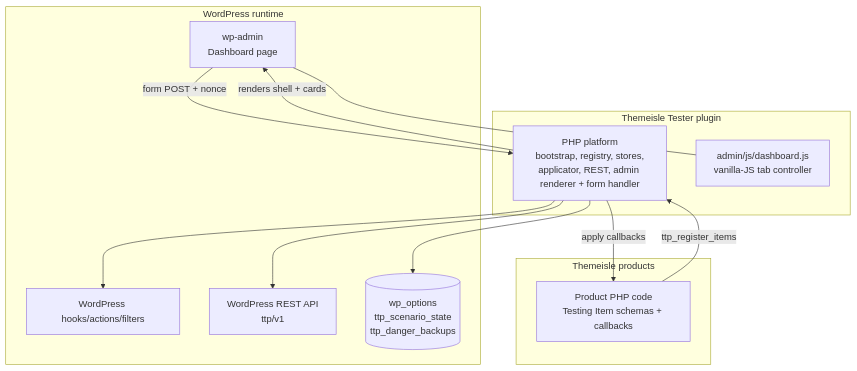
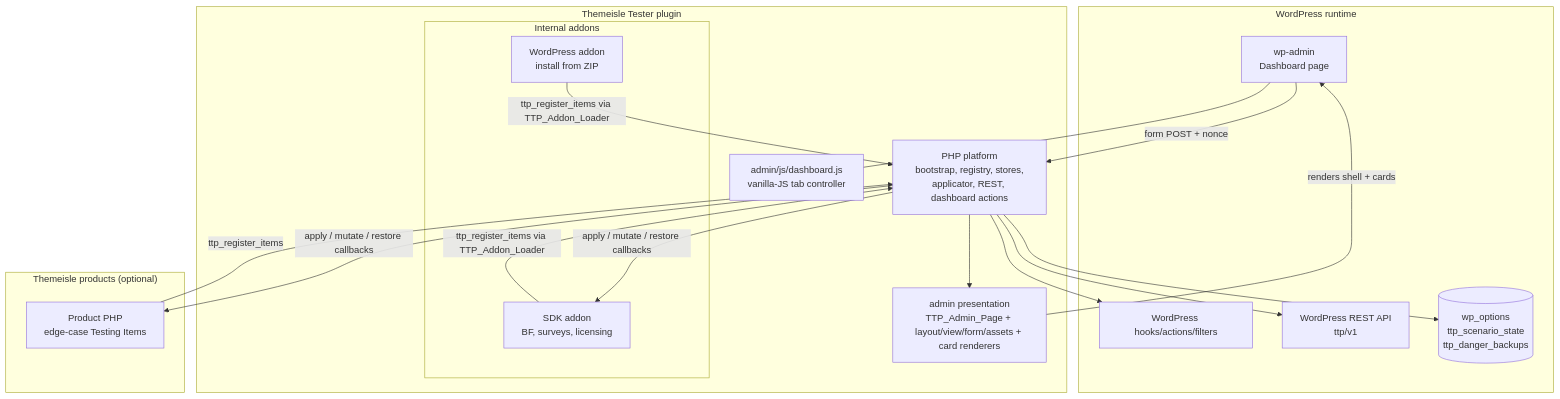
The second of 8 diagrams in docs/architecture.md (Soare-Robert-Daniel/themeisle-tester), drawn with Mermaid before and after one commit. The commit also changed other lines of this file and 52 other files, not shown here.

````diff
--- a/docs/architecture.md
+++ b/docs/architecture.md
@@ -60,28 +61,37 @@
 ```mermaid
 flowchart TB
     subgraph WP["WordPress runtime"]
         Admin[wp-admin<br/>Dashboard page]
         Hooks[WordPress hooks/actions/filters]
         REST[WordPress REST API<br/>ttp/v1]
         Options[(wp_options<br/>ttp_scenario_state<br/>ttp_danger_backups)]
     end
 
     subgraph Tester["Themeisle Tester plugin"]
-        PHPPlatform[PHP platform<br/>bootstrap, registry, stores,<br/>applicator, REST, admin renderer + form handler]
+        PHPPlatform[PHP platform<br/>bootstrap, registry, stores,<br/>applicator, REST, dashboard actions]
+        AdminUI[admin presentation<br/>TTP_Admin_Page + layout/view/form/assets + card renderers]
         TabJS[admin/js/dashboard.js<br/>vanilla-JS tab controller]
+        subgraph InternalAddons["Internal addons"]
+            SDKAddon[SDK addon<br/>BF, surveys, licensing]
+            WPAddon[WordPress addon<br/>install from ZIP]
+        end
     end
 
-    subgraph Products["Themeisle products"]
-        ProductPHP[Product PHP code<br/>Testing Item schemas + callbacks]
+    subgraph Products["Themeisle products (optional)"]
+        ProductPHP[Product PHP<br/>edge-case Testing Items]
     end
 
-    PHPPlatform -->|renders shell + cards| Admin
+    AdminUI -->|renders shell + cards| Admin
     Admin -->|form POST + nonce| PHPPlatform
+    PHPPlatform --> AdminUI
     PHPPlatform --> REST
     PHPPlatform --> Options
     PHPPlatform --> Hooks
     Admin --- TabJS
 
+    SDKAddon -->|ttp_register_items via TTP_Addon_Loader| PHPPlatform
+    WPAddon -->|ttp_register_items via TTP_Addon_Loader| PHPPlatform
     ProductPHP -->|ttp_register_items| PHPPlatform
-    PHPPlatform -->|apply callbacks| ProductPHP
+    PHPPlatform -->|apply / mutate / restore callbacks| SDKAddon
+    PHPPlatform -->|apply / mutate / restore callbacks| ProductPHP
 ```
````
